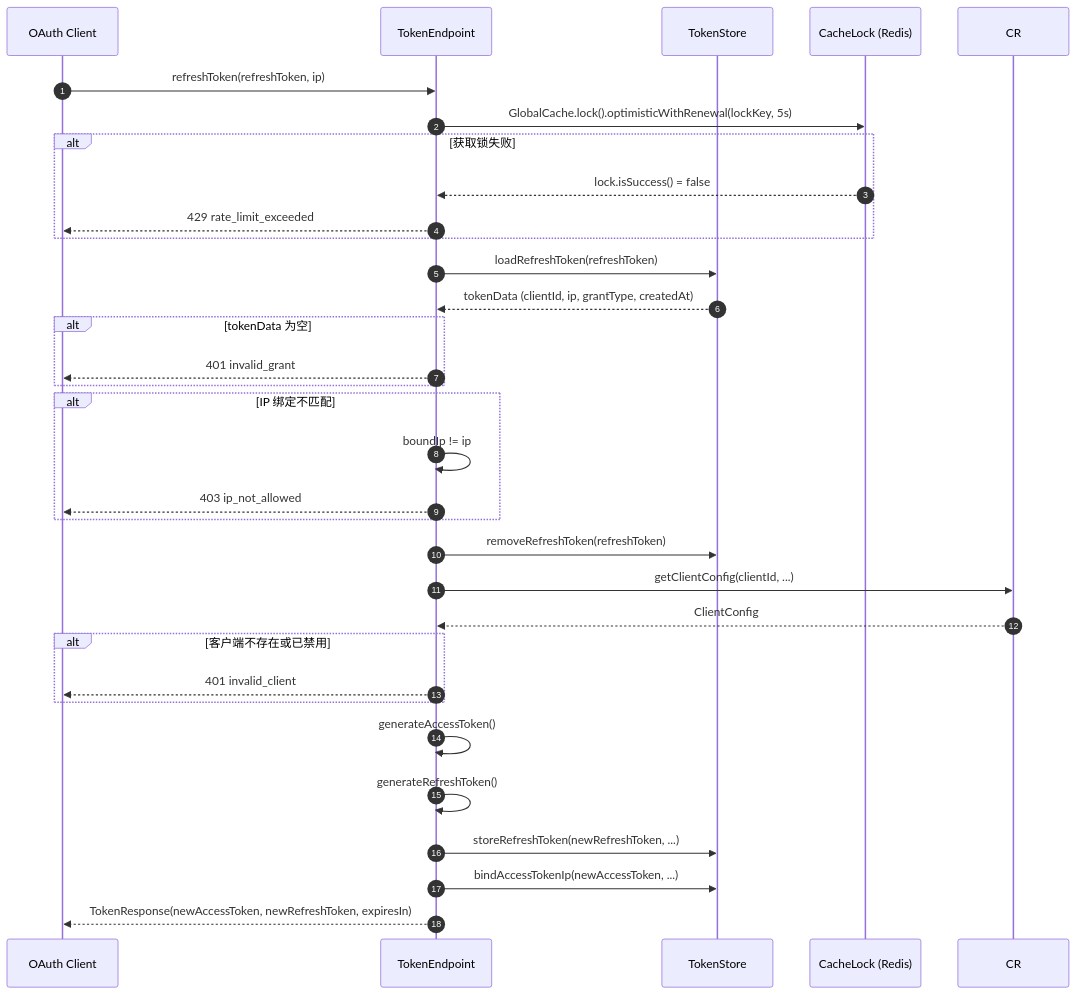
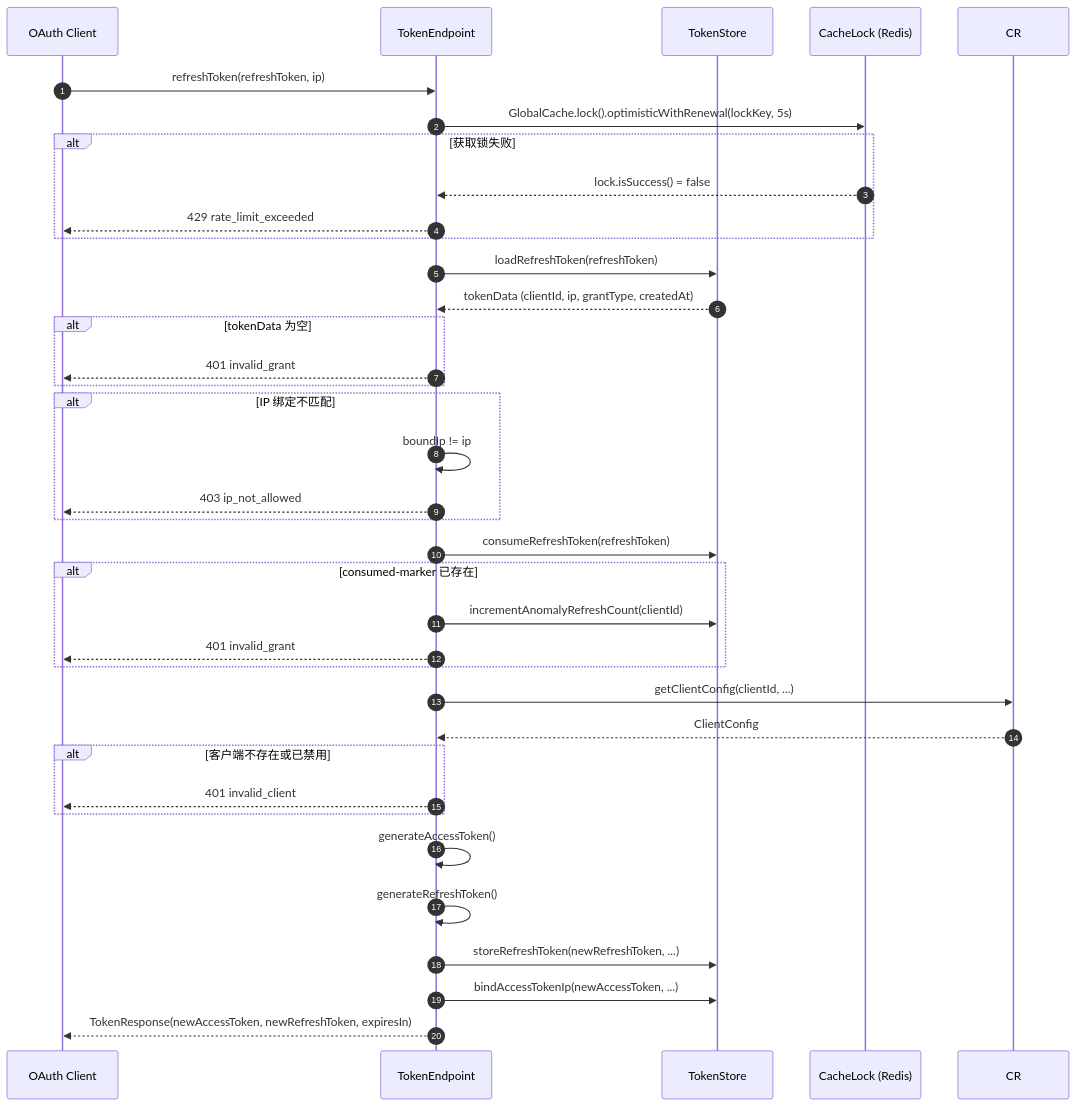
One commit to richie696/atlas-richie-platform changed the sixth of 13 diagrams in atlas-richie-component/atlas-richie-oauth-parent/docs/zh/oauth-component-design.md. Above: the diagram before and after it, drawn with Mermaid. The commit also changed other lines of this file and 199 other files, not shown here.

````diff
--- a/atlas-richie-component/atlas-richie-oauth-parent/docs/zh/oauth-component-design.md
+++ b/atlas-richie-component/atlas-richie-oauth-parent/docs/zh/oauth-component-design.md
@@ -386,45 +398,50 @@
 ```mermaid
 sequenceDiagram
     autonumber
     participant Client as OAuth Client
     participant TE as TokenEndpoint
     participant TS as TokenStore
     participant Lock as CacheLock (Redis)
 
     Client->>TE: refreshToken(refreshToken, ip)
     TE->>Lock: GlobalCache.lock().optimisticWithRenewal(lockKey, 5s)
 
     alt 获取锁失败
         Lock-->>TE: lock.isSuccess() = false
         TE-->>Client: 429 rate_limit_exceeded
     end
 
     TE->>TS: loadRefreshToken(refreshToken)
     TS-->>TE: tokenData (clientId, ip, grantType, createdAt)
 
     alt tokenData 为空
         TE-->>Client: 401 invalid_grant
     end
 
     alt IP 绑定不匹配
         TE->>TE: boundIp != ip
         TE-->>Client: 403 ip_not_allowed
     end
 
-    TE->>TS: removeRefreshToken(refreshToken)
+    TE->>TS: consumeRefreshToken(refreshToken)
+
+    alt consumed-marker 已存在
+        TE->>TS: incrementAnomalyRefreshCount(clientId)
+        TE-->>Client: 401 invalid_grant
+    end
 
     TE->>CR: getClientConfig(clientId, ...)
     CR-->>TE: ClientConfig
 
     alt 客户端不存在或已禁用
         TE-->>Client: 401 invalid_client
     end
 
     TE->>TE: generateAccessToken()
     TE->>TE: generateRefreshToken()
 
     TE->>TS: storeRefreshToken(newRefreshToken, ...)
     TE->>TS: bindAccessTokenIp(newAccessToken, ...)
 
     TE-->>Client: TokenResponse(newAccessToken, newRefreshToken, expiresIn)
 ```
````
